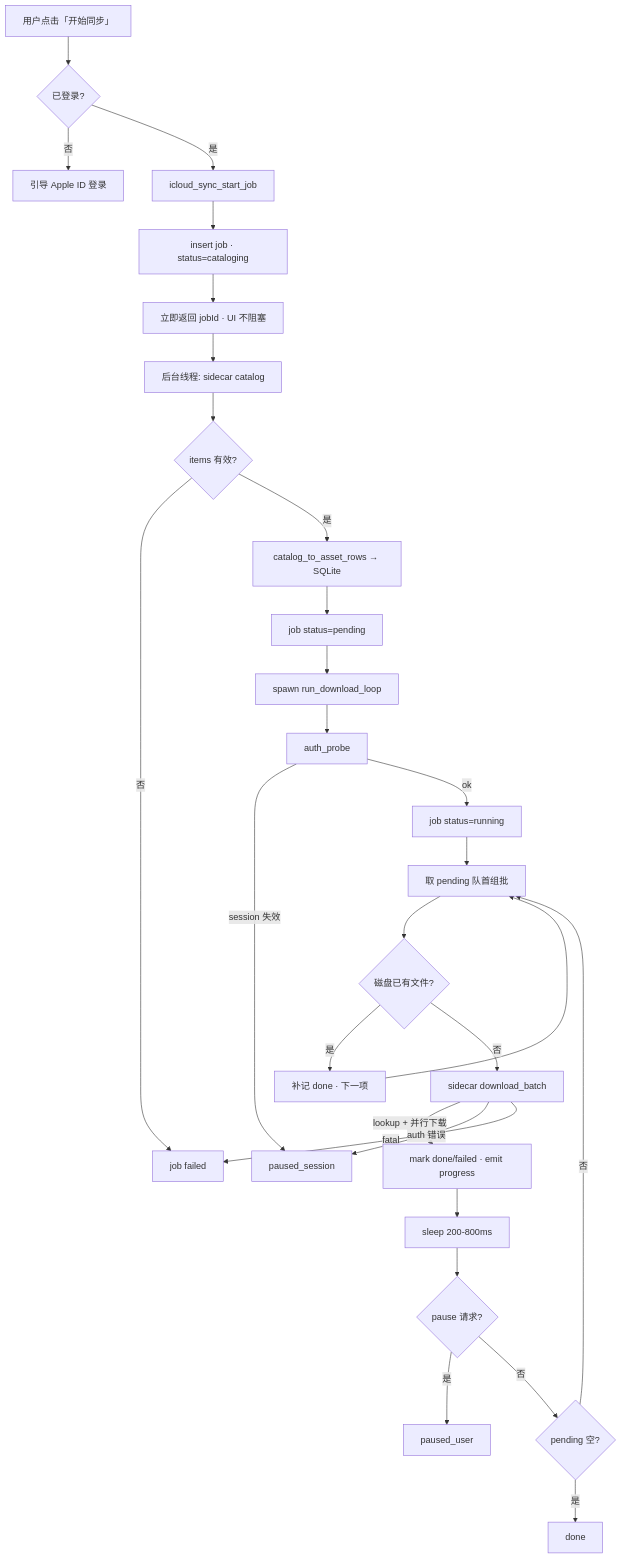
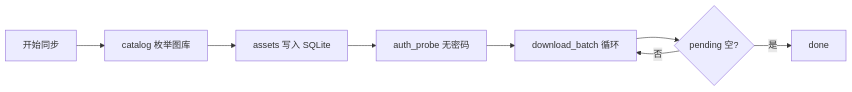
One commit to cz6c/ll-admin changed the first of 2 diagrams in apps/admin/src/views/album/downloadFlow.md. Above: the diagram before and after it, drawn with Mermaid. The commit also changed other lines of this file and 62 other files, not shown here.

````diff
--- a/apps/admin/src/views/album/downloadFlow.md
+++ b/apps/admin/src/views/album/downloadFlow.md
@@ -65,31 +15,10 @@
 ```mermaid
-flowchart TD
-  A[用户点击「开始同步」] --> B{已登录?}
-  B -->|否| C[引导 Apple ID 登录]
-  B -->|是| D[icloud_sync_start_job]
-  D --> E[insert job · status=cataloging]
-  E --> F[立即返回 jobId · UI 不阻塞]
-  F --> G[后台线程: sidecar catalog]
-  G --> H{items 有效?}
-  H -->|否| I[job failed]
-  H -->|是| J[catalog_to_asset_rows → SQLite]
-  J --> K[job status=pending]
-  K --> L[spawn run_download_loop]
-  L --> M[auth_probe]
-  M -->|session 失效| N[paused_session]
-  M -->|ok| O[job status=running]
-  O --> P[取 pending 队首组批]
-  P --> Q{磁盘已有文件?}
-  Q -->|是| R[补记 done · 下一项]
-  Q -->|否| S[sidecar download_batch]
-  S -->|lookup + 并行下载| T[mark done/failed · emit progress]
-  S -->|auth 错误| N
-  S -->|fatal| I
-  T --> V[sleep 200-800ms]
-  R --> P
-  V --> W{pause 请求?}
-  W -->|是| X[paused_user]
-  W -->|否| Y{pending 空?}
-  Y -->|是| Z[done]
-  Y -->|否| P
+flowchart LR
+  A[开始同步] --> B[catalog 枚举图库]
+  B --> C[assets 写入 SQLite]
+  C --> D[auth_probe 无密码]
+  D --> E[download_batch 循环]
+  E --> F{pending 空?}
+  F -->|否| E
+  F -->|是| G[done]
 ```
````
